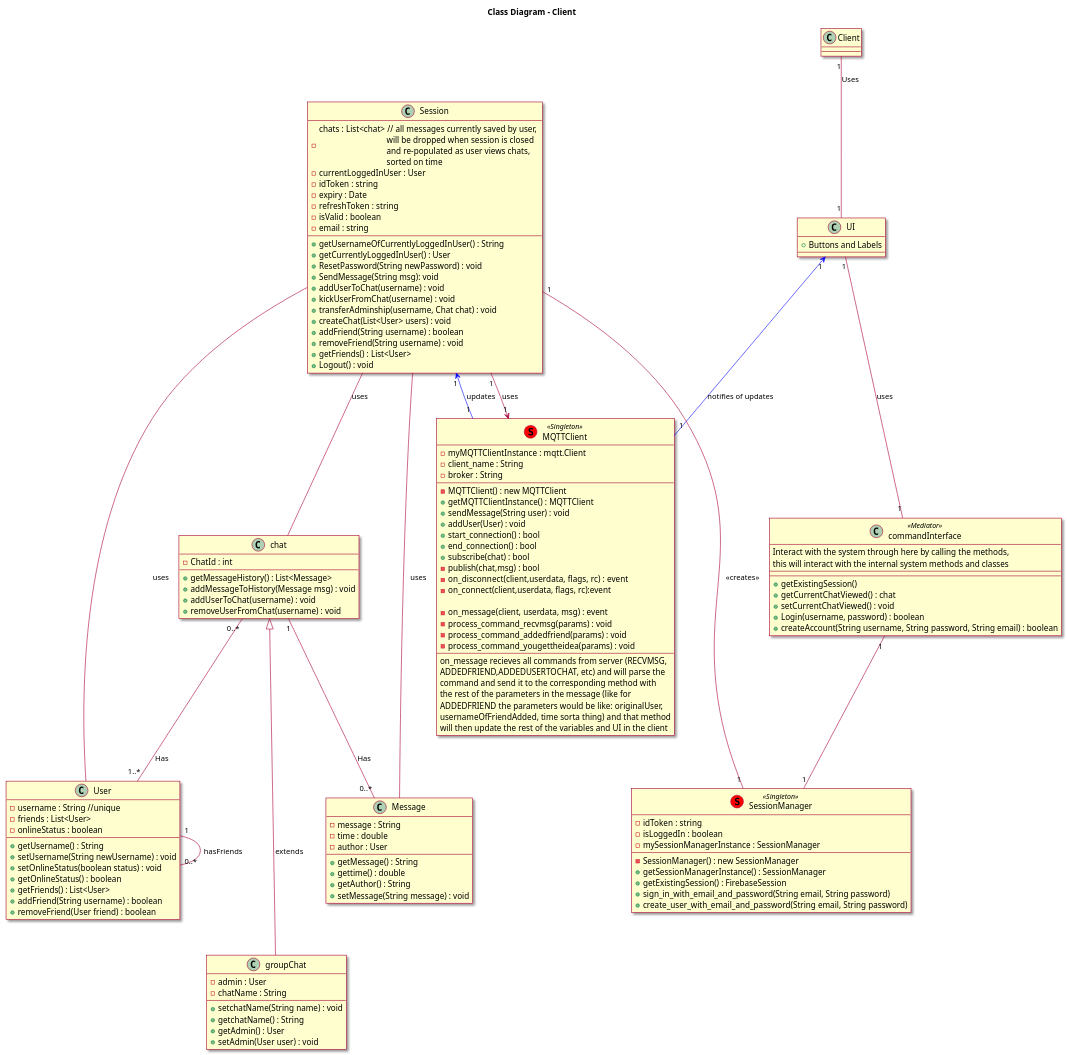
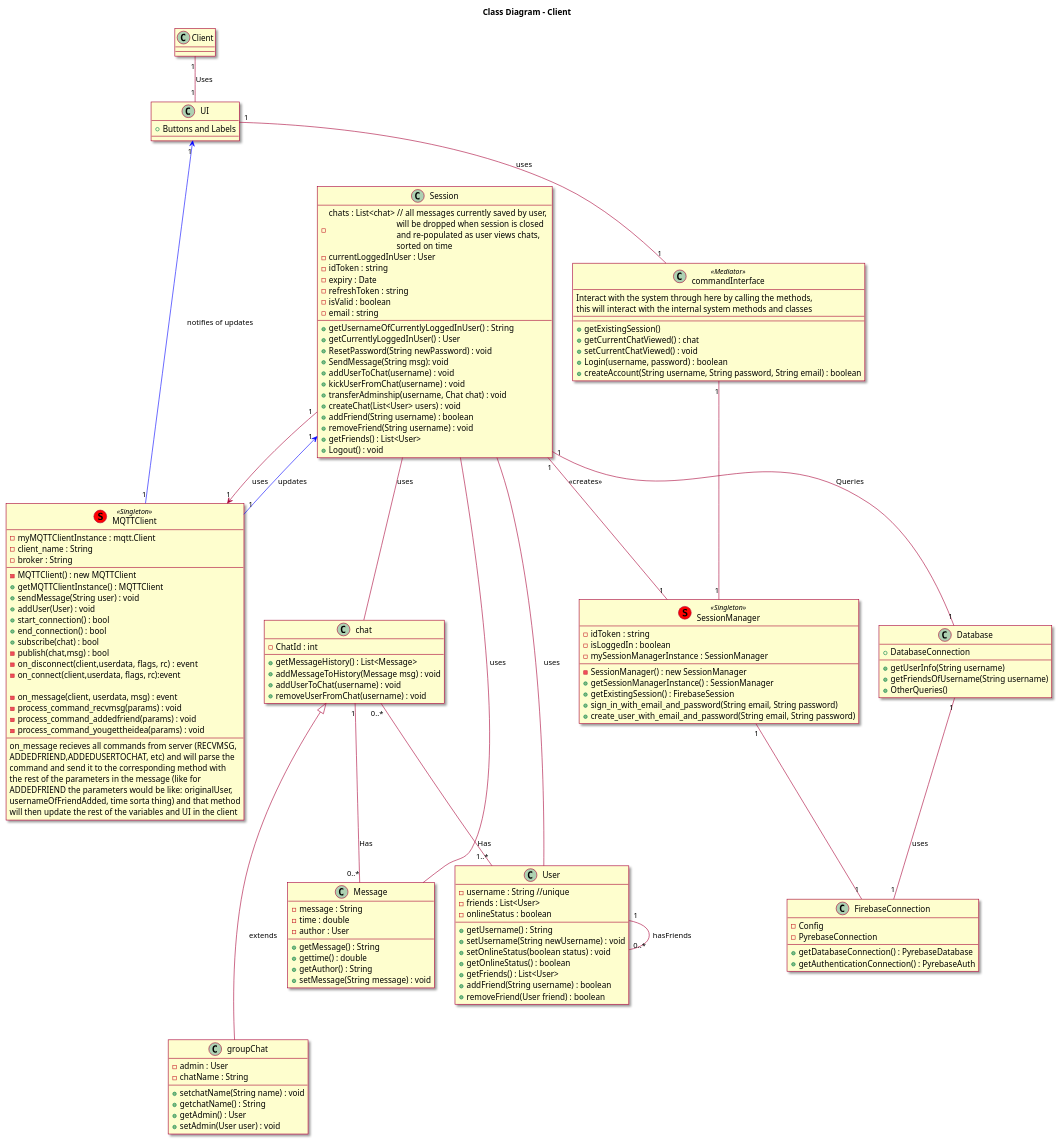
The diagram in diagrams/class_diagram.wsd (UBCO-COSC-310-Winter-2022-T2/the-project-marbl), drawn with PlantUML before and after one commit. The commit also changed 1 other file, not shown here.

Commit message:
Design incorporating database

```diff
--- a/diagrams/class_diagram.wsd
+++ b/diagrams/class_diagram.wsd
@@ -1,153 +1,171 @@
 @startuml
 
 skin rose
 
 title Class Diagram - Client
 
 
 skinparam componentStyle uml2
 class Client{}
 Client "1"--"1" UI: Uses
+
+class Database{
++DatabaseConnection
++getUserInfo(String username)
++getFriendsOfUsername(String username)
++OtherQueries()
+}
+
+class FirebaseConnection{
+-Config
+-PyrebaseConnection
++getDatabaseConnection() : PyrebaseDatabase
++getAuthenticationConnection() : PyrebaseAuth
+}
+
+Session "1"--"1" Database: Queries
+Database "1"--"1" FirebaseConnection: uses
+SessionManager "1"--"1" FirebaseConnection
 
 class Message{
     - message : String
     - time : double
     - author : User
     +getMessage() : String
     +gettime() : double
     +getAuthor() : String
     +setMessage(String message) : void
 }
 
 class User  {
     -username : String //unique
     -friends : List<User>
     -onlineStatus : boolean
 
     +getUsername() : String
     +setUsername(String newUsername) : void
     +setOnlineStatus(boolean status) : void
     +getOnlineStatus() : boolean
     +getFriends() : List<User>
     +addFriend(String username) : boolean
     +removeFriend(User friend) : boolean
 }
 
 User "1"--"0..*" User : hasFriends
 
 Class MQTTClient <<(S,red) Singleton>> {
     -myMQTTClientInstance : mqtt.Client 
     -client_name : String
     -broker : String
     --
     -MQTTClient() : new MQTTClient
     +getMQTTClientInstance() : MQTTClient
     +sendMessage(String user) : void
     +addUser(User) : void
     +start_connection() : bool
     +end_connection() : bool
     +subscribe(chat) : bool
     -publish(chat,msg) : bool
     -on_disconnect(client,userdata, flags, rc)  : event
     -on_connect(client,userdata, flags, rc):event
     
     -on_message(client, userdata, msg) : event 
     -process_command_recvmsg(params) : void
     -process_command_addedfriend(params) : void
     -process_command_yougettheidea(params) : void
     --
     on_message recieves all commands from server (RECVMSG, 
     ADDEDFRIEND,ADDEDUSERTOCHAT, etc) and will parse the
     command and send it to the corresponding method with
     the rest of the parameters in the message (like for
     ADDEDFRIEND the parameters would be like: originalUser,
      usernameOfFriendAdded, time sorta thing) and that method
      will then update the rest of the variables and UI in the client 
 }
 
 MQTTClient "1" -[#blue]-> "1" Session : updates
 UI "1" <-[#blue]- "1" MQTTClient : notifies of updates
 
 Class groupChat {
     -admin : User
     -chatName : String
     +setchatName(String name) : void
     +getchatName() : String
     +getAdmin() : User
     +setAdmin(User user) : void
 }
 
 Class chat {
     -ChatId : int
     +getMessageHistory() : List<Message>
     +addMessageToHistory(Message msg) : void
     +addUserToChat(username) : void
     +removeUserFromChat(username) : void
 }
 
 chat "0..*" -- "1..*" User : Has
 
 chat "1" -- "0..*" Message : Has
 
 groupChat-up--|> chat : extends
 
 class commandInterface <<Mediator>> {
     Interact with the system through here by calling the methods,
     this will interact with the internal system methods and classes
     --
     --
     +getExistingSession()
     +getCurrentChatViewed() : chat
     +setCurrentChatViewed() : void
     +Login(username, password) : boolean
     +createAccount(String username, String password, String email) : boolean
 }
 
 Session  --  User : uses
 Session  --  chat: uses
 Session  --  Message: uses
 
 class UI {
     +Buttons and Labels
 }
 
 class Session{
     -chats : List<chat> // all messages currently saved by user, \n\t\t\t\twill be dropped when session is closed\n\t\t\t\tand re-populated as user views chats, \n\t\t\t\tsorted on time
     -currentLoggedInUser : User
     -idToken : string
     -expiry : Date
     -refreshToken : string
     -isValid : boolean
     -email : string
     +getUsernameOfCurrentlyLoggedInUser() : String
     +getCurrentlyLoggedInUser() : User
     +ResetPassword(String newPassword) : void
     +SendMessage(String msg): void
     +addUserToChat(username) : void
     +kickUserFromChat(username) : void
     +transferAdminship(username, Chat chat) : void
     +createChat(List<User> users) : void
     +addFriend(String username) : boolean
     +removeFriend(String username) : void
     +getFriends() : List<User>
     +Logout() : void
 }
 
 class SessionManager <<(S,red) Singleton>>{
     -idToken : string
     -isLoggedIn : boolean
     -mySessionManagerInstance : SessionManager
     -SessionManager() : new SessionManager
     +getSessionManagerInstance() : SessionManager
     +getExistingSession() : FirebaseSession
     +sign_in_with_email_and_password(String email, String password)
     +create_user_with_email_and_password(String email, String password)
 }
 
 
 Session "1" --> "1" MQTTClient : uses
 Session "1" -- "1" SessionManager : <<creates>>
 UI "1" -- "1" commandInterface : uses
 commandInterface "1" -- "1" SessionManager
 
 @enduml
```
